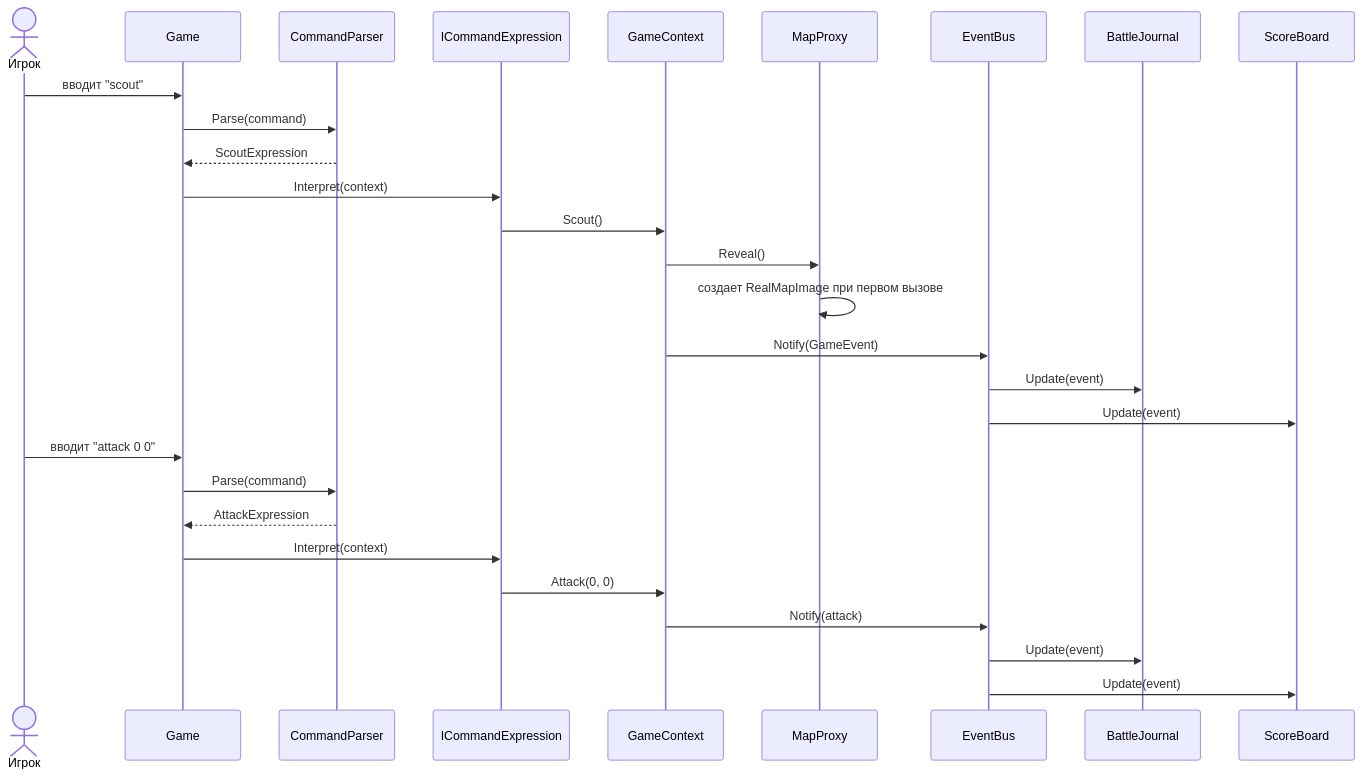
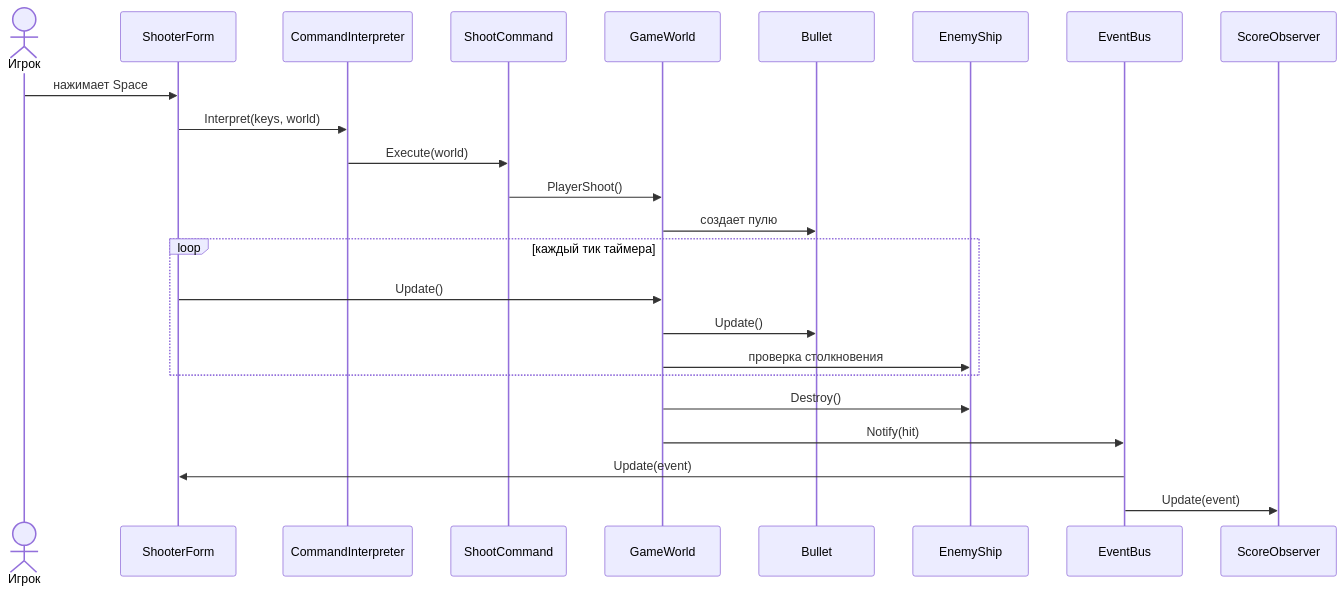
One commit to blade-runerr/huinya-izpod-konya changed the second of 2 diagrams in REPORT.md. Above: the diagram before and after it, drawn with Mermaid. The commit also changed other lines of this file and 4 other files, not shown here.

````diff
--- a/REPORT.md
+++ b/REPORT.md
@@ -155,32 +148,27 @@
 ```mermaid
 sequenceDiagram
     actor Player as Игрок
-    participant Game as Game
-    participant Parser as CommandParser
-    participant Expr as ICommandExpression
-    participant Ctx as GameContext
-    participant Map as MapProxy
+    participant Form as ShooterForm
+    participant Interpreter as CommandInterpreter
+    participant Command as ShootCommand
+    participant World as GameWorld
+    participant Bullet as Bullet
+    participant Enemy as EnemyShip
     participant Bus as EventBus
-    participant Journal as BattleJournal
-    participant Score as ScoreBoard
+    participant Score as ScoreObserver
 
-    Player->>Game: вводит "scout"
-    Game->>Parser: Parse(command)
-    Parser-->>Game: ScoutExpression
-    Game->>Expr: Interpret(context)
-    Expr->>Ctx: Scout()
-    Ctx->>Map: Reveal()
-    Map->>Map: создает RealMapImage при первом вызове
-    Ctx->>Bus: Notify(GameEvent)
-    Bus->>Journal: Update(event)
-    Bus->>Score: Update(event)
-
-    Player->>Game: вводит "attack 0 0"
-    Game->>Parser: Parse(command)
-    Parser-->>Game: AttackExpression
-    Game->>Expr: Interpret(context)
-    Expr->>Ctx: Attack(0, 0)
-    Ctx->>Bus: Notify(attack)
-    Bus->>Journal: Update(event)
+    Player->>Form: нажимает Space
+    Form->>Interpreter: Interpret(keys, world)
+    Interpreter->>Command: Execute(world)
+    Command->>World: PlayerShoot()
+    World->>Bullet: создает пулю
+    loop каждый тик таймера
+        Form->>World: Update()
+        World->>Bullet: Update()
+        World->>Enemy: проверка столкновения
+    end
+    World->>Enemy: Destroy()
+    World->>Bus: Notify(hit)
+    Bus->>Form: Update(event)
     Bus->>Score: Update(event)
 ```
````
